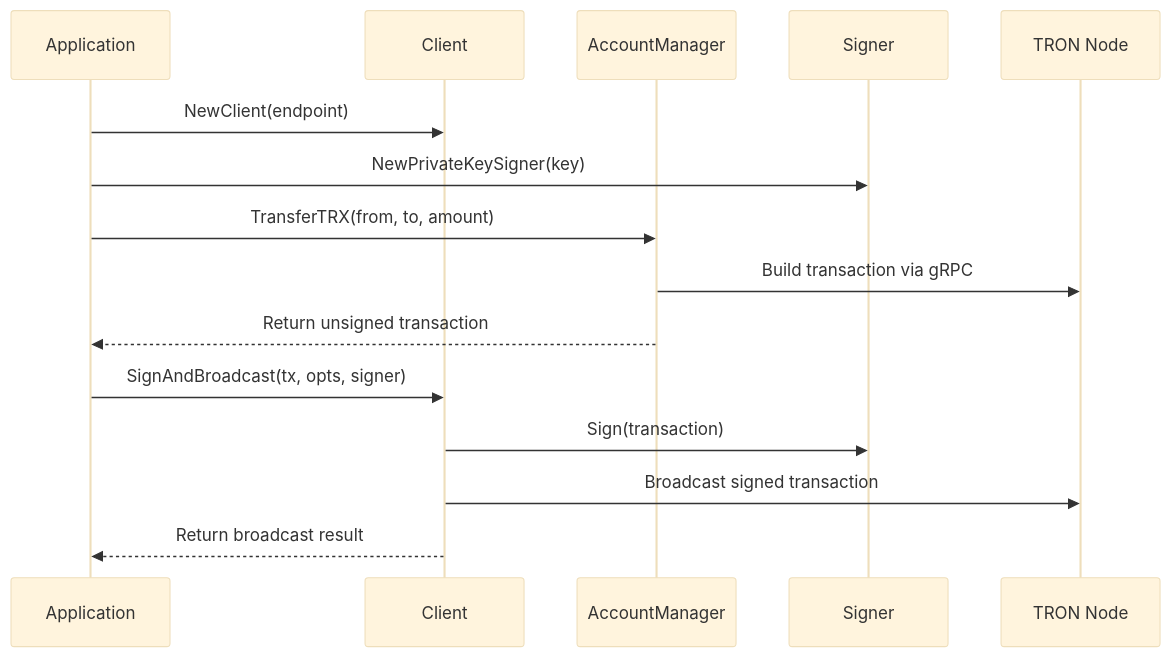
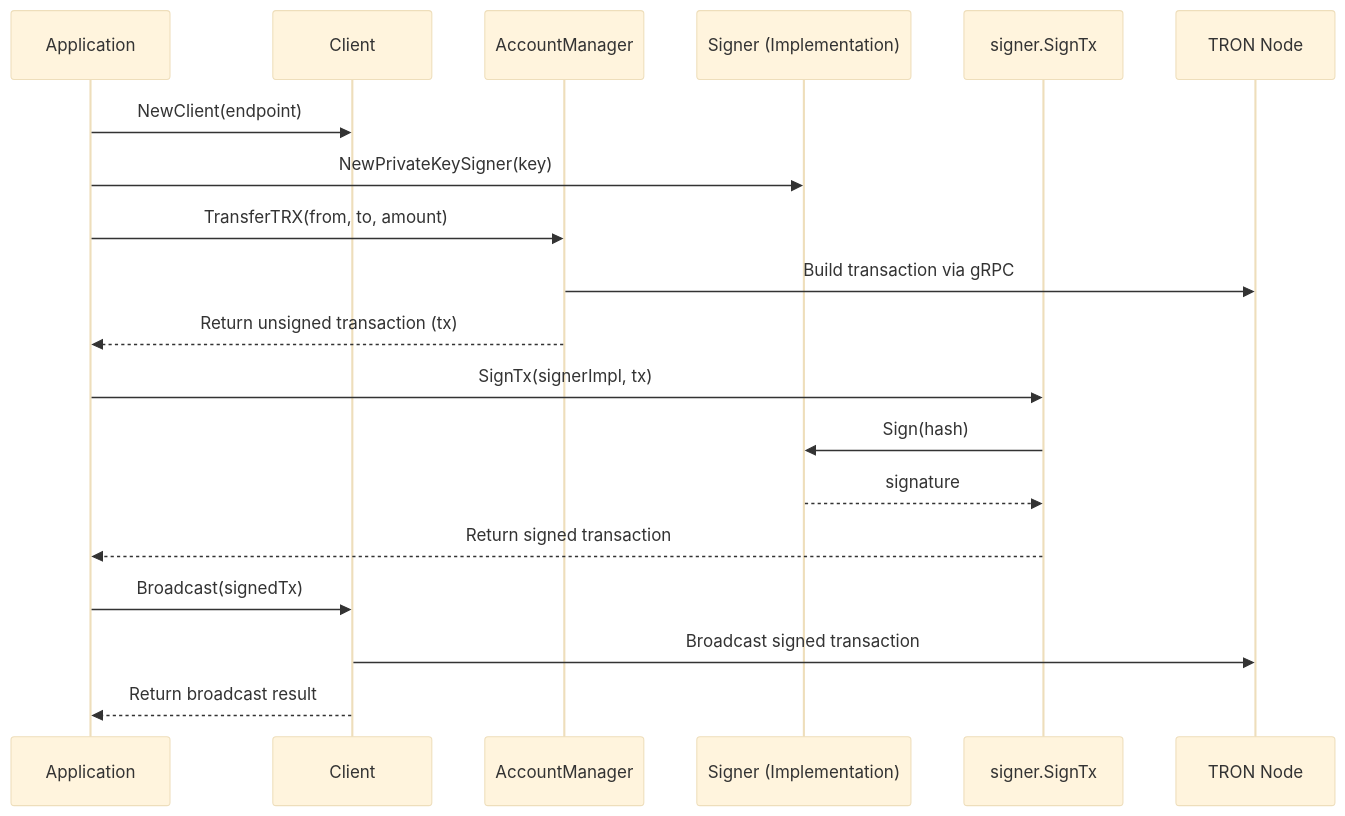
Before and after one commit to kslamph/tronlib: the second of 7 diagrams in docs/architecture.md, drawn with Mermaid (base theme). The commit also changed other lines of this file and 7 other files, not shown here.

First line of the commit message:
feat(signer): refactor signer interface and add SignTx/SignMessageV2 utilities

````diff
--- a/docs/architecture.md
+++ b/docs/architecture.md
@@ -252,18 +258,22 @@
 ```mermaid
 sequenceDiagram
     participant App as Application
     participant Client as Client
     participant AM as AccountManager
-    participant Signer as Signer
+    participant SignerImpl as Signer (Implementation)
+    participant SignTxFunc as signer.SignTx
     participant Node as TRON Node
     
     App->>Client: NewClient(endpoint)
-    App->>Signer: NewPrivateKeySigner(key)
+    App->>SignerImpl: NewPrivateKeySigner(key)
     App->>AM: TransferTRX(from, to, amount)
     AM->>Node: Build transaction via gRPC
-    AM-->>App: Return unsigned transaction
-    App->>Client: SignAndBroadcast(tx, opts, signer)
-    Client->>Signer: Sign(transaction)
+    AM-->>App: Return unsigned transaction (tx)
+    App->>SignTxFunc: SignTx(signerImpl, tx)
+    SignTxFunc->>SignerImpl: Sign(hash)
+    SignerImpl-->>SignTxFunc: signature
+    SignTxFunc-->>App: Return signed transaction
+    App->>Client: Broadcast(signedTx)
     Client->>Node: Broadcast signed transaction
     Client-->>App: Return broadcast result
 ```
````
